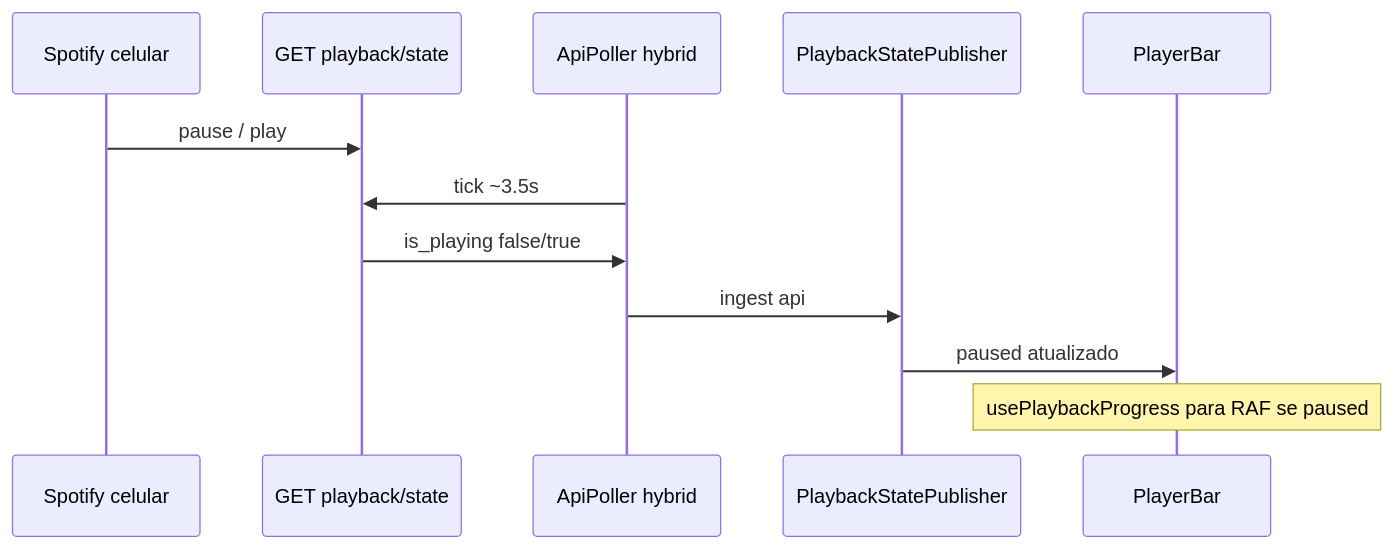
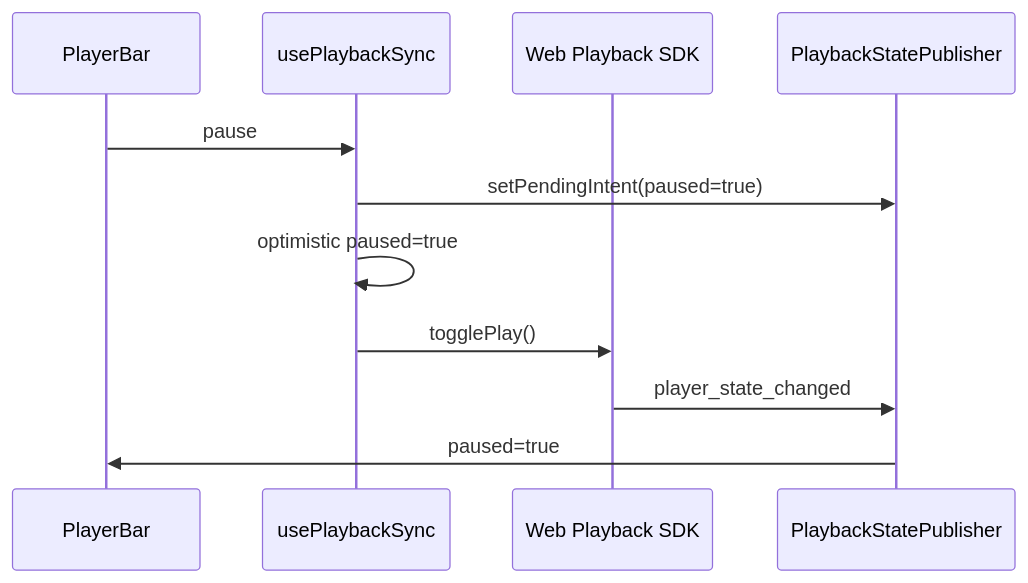
One commit to LucasArgate/muziks changed the second of 3 diagrams in docs/tech/PLAYBACK-MASTER-CLIENT-SYNC.md. Above: the diagram before and after it, drawn with Mermaid. The commit also changed other lines of this file and 17 other files, not shown here.

````diff
--- a/docs/tech/PLAYBACK-MASTER-CLIENT-SYNC.md
+++ b/docs/tech/PLAYBACK-MASTER-CLIENT-SYNC.md
@@ -113,15 +130,14 @@
 ```mermaid
 sequenceDiagram
-  participant Phone as Spotify celular
-  participant API as GET playback/state
-  participant Poll as ApiPoller hybrid
+  participant UI as PlayerBar
+  participant Hook as usePlaybackSync
+  participant SDK as Web Playback SDK
   participant Pub as PlaybackStatePublisher
-  participant UI as PlayerBar
 
-  Phone->>API: pause / play
-  Poll->>API: tick ~3.5s
-  API->>Poll: is_playing false/true
-  Poll->>Pub: ingest api
-  Pub->>UI: paused atualizado
-  Note over UI: usePlaybackProgress para RAF se paused
+  UI->>Hook: pause
+  Hook->>Pub: setPendingIntent(paused=true)
+  Hook->>Hook: optimistic paused=true
+  Hook->>SDK: togglePlay()
+  SDK->>Pub: player_state_changed
+  Pub->>UI: paused=true
 ```
````
